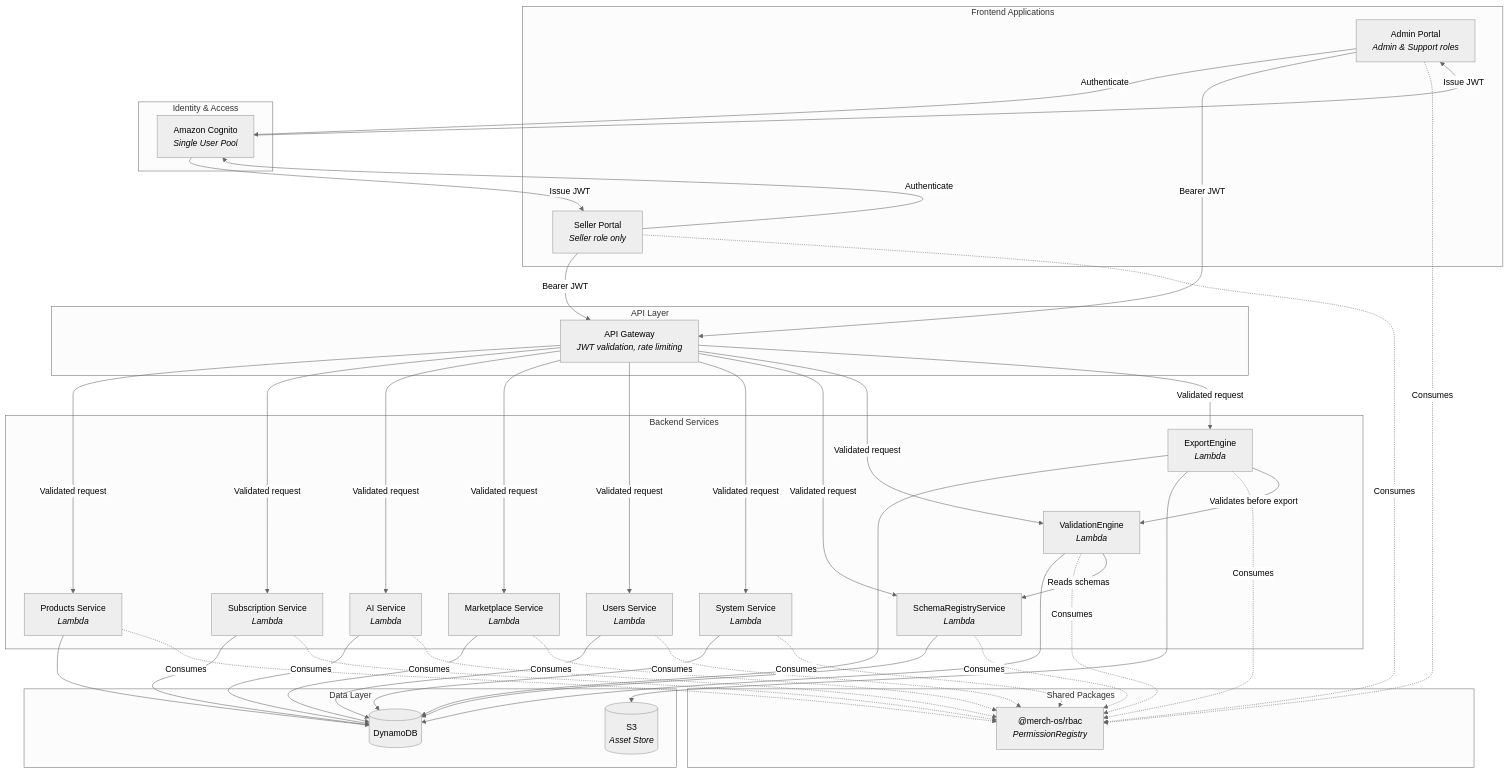
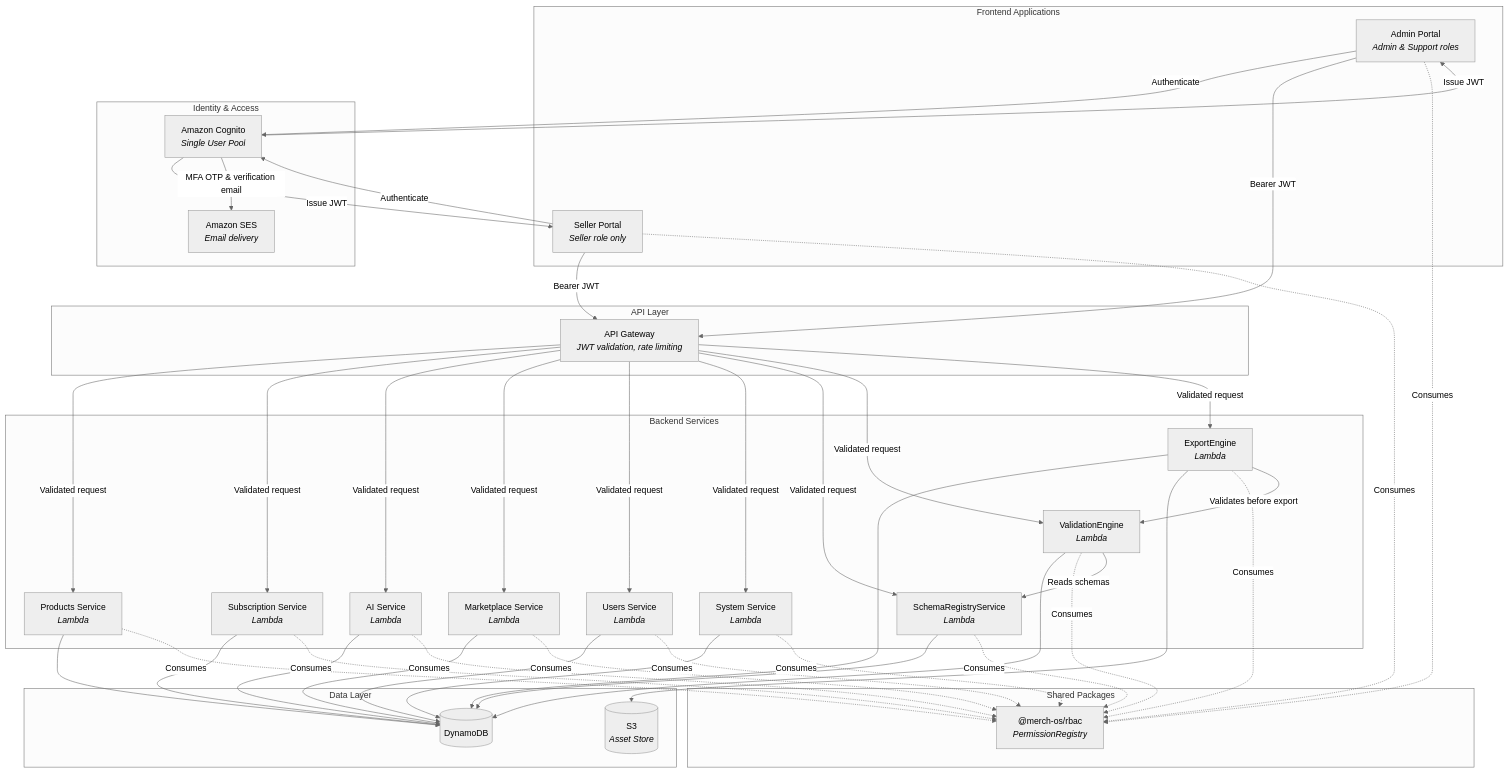
Before and after one commit to WadzanaiMaparura/MerchOS: the fourth of 5 diagrams in docs/architecture/merchos-blueprint.md, drawn with Mermaid (neutral theme). The commit also changed other lines of this file and 2 other files, not shown here.

First line of the commit message:
docs(architecture): add Amazon SES to platform architecture (#42)

````diff
--- a/docs/architecture/merchos-blueprint.md
+++ b/docs/architecture/merchos-blueprint.md
@@ -1104,80 +1117,82 @@
 ```mermaid
 graph TB
     subgraph Frontend["Frontend Applications"]
         AP[Admin Portal<br/><i>Admin & Support roles</i>]
         SP[Seller Portal<br/><i>Seller role only</i>]
     end
 
     subgraph Auth["Identity & Access"]
         Cognito[Amazon Cognito<br/><i>Single User Pool</i>]
+        SES[Amazon SES<br/><i>Email delivery</i>]
     end
 
     subgraph Gateway["API Layer"]
         APIGW[API Gateway<br/><i>JWT validation, rate limiting</i>]
     end
 
     subgraph Backend["Backend Services"]
         ProductsLambda[Products Service<br/><i>Lambda</i>]
         SubscriptionLambda[Subscription Service<br/><i>Lambda</i>]
         AILambda[AI Service<br/><i>Lambda</i>]
         MarketplaceLambda[Marketplace Service<br/><i>Lambda</i>]
         UsersLambda[Users Service<br/><i>Lambda</i>]
         SystemLambda[System Service<br/><i>Lambda</i>]
         SchemaRegistryLambda[SchemaRegistryService<br/><i>Lambda</i>]
         ValidationLambda[ValidationEngine<br/><i>Lambda</i>]
         ExportLambda[ExportEngine<br/><i>Lambda</i>]
     end
 
     subgraph Data["Data Layer"]
         DDB[(DynamoDB)]
         S3Assets[(S3<br/><i>Asset Store</i>)]
     end
 
     subgraph SharedPkg["Shared Packages"]
         RBAC["@merch-os/rbac<br/><i>PermissionRegistry</i>"]
     end
 
     AP -->|Authenticate| Cognito
     SP -->|Authenticate| Cognito
     Cognito -->|Issue JWT| AP
     Cognito -->|Issue JWT| SP
+    Cognito -->|MFA OTP & verification email| SES
 
     AP -->|Bearer JWT| APIGW
     SP -->|Bearer JWT| APIGW
 
     APIGW -->|Validated request| ProductsLambda
     APIGW -->|Validated request| SubscriptionLambda
     APIGW -->|Validated request| AILambda
     APIGW -->|Validated request| MarketplaceLambda
     APIGW -->|Validated request| UsersLambda
     APIGW -->|Validated request| SystemLambda
     APIGW -->|Validated request| SchemaRegistryLambda
     APIGW -->|Validated request| ValidationLambda
     APIGW -->|Validated request| ExportLambda
 
     ProductsLambda --> DDB
     SubscriptionLambda --> DDB
     AILambda --> DDB
     MarketplaceLambda --> DDB
     UsersLambda --> DDB
     SystemLambda --> DDB
     SchemaRegistryLambda --> DDB
     ValidationLambda --> DDB
     ExportLambda --> DDB
     ExportLambda --> S3Assets
 
     ProductsLambda -.->|Consumes| RBAC
     SubscriptionLambda -.->|Consumes| RBAC
     AILambda -.->|Consumes| RBAC
     MarketplaceLambda -.->|Consumes| RBAC
     UsersLambda -.->|Consumes| RBAC
     SystemLambda -.->|Consumes| RBAC
     SchemaRegistryLambda -.->|Consumes| RBAC
     ValidationLambda -.->|Consumes| RBAC
     ExportLambda -.->|Consumes| RBAC
     AP -.->|Consumes| RBAC
     SP -.->|Consumes| RBAC
 
     ValidationLambda -->|Reads schemas| SchemaRegistryLambda
     ExportLambda -->|Validates before export| ValidationLambda
 ```
````
